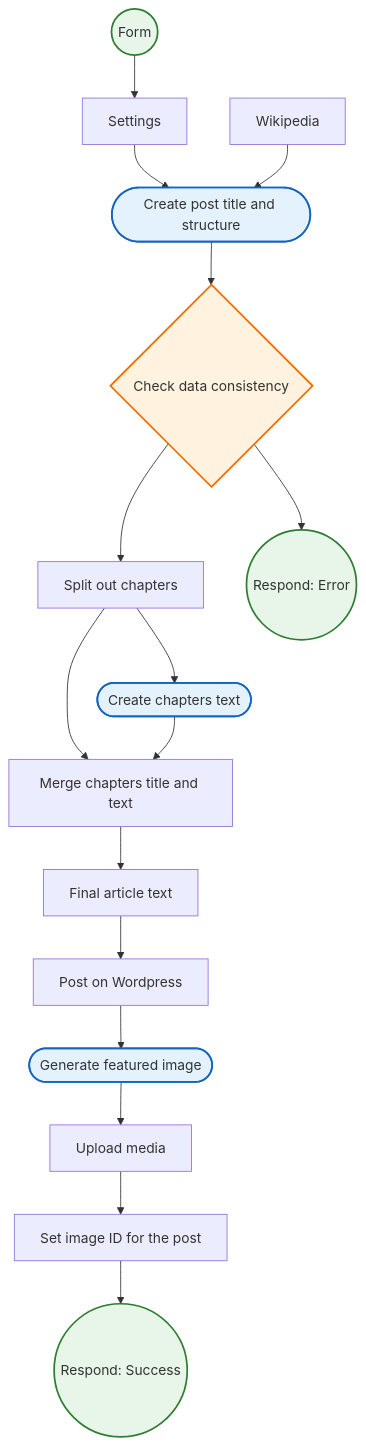
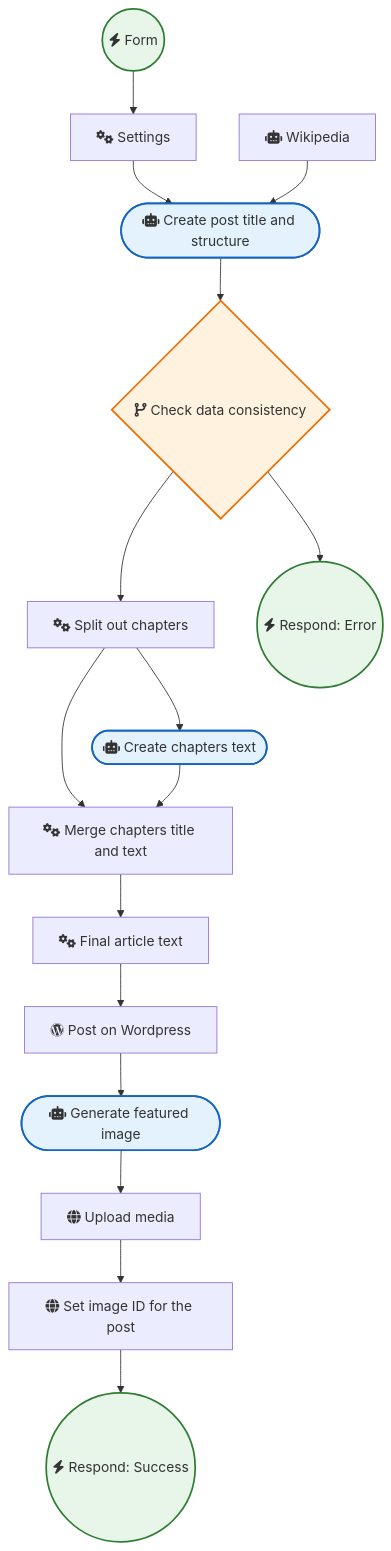
The diagram in WordPress/Write a Wordpress Post with Ai Starting From a Few Keywords.md (sreyash3105/N8N-DEMO-AUTOMATIONS), drawn with Mermaid before and after one commit. The commit also changed 291 other files, not shown here.

````diff
--- a/WordPress/Write a Wordpress Post with Ai Starting From a Few Keywords.md
+++ b/WordPress/Write a Wordpress Post with Ai Starting From a Few Keywords.md
@@ -1,38 +1,38 @@
 ```mermaid
 graph TD
     classDef trigger fill:#e8f5e9,stroke:#2e7d32,stroke-width:2px;
     classDef ai fill:#e3f2fd,stroke:#1565c0,stroke-width:2px;
     classDef logic fill:#fff3e0,stroke:#ef6c00,stroke-width:2px;
 
-    Form(("Form")):::trigger
-    Settings["Settings"]
-    Check_data_consistency{"Check data consistency"}:::logic
-    Split_out_chapters["Split out chapters"]
-    Merge_chapters_title_and_text["Merge chapters title and text"]
-    Final_article_text["Final article text"]
-    Post_on_Wordpress["Post on Wordpress"]
-    Upload_media["Upload media"]
-    Set_image_ID_for_the_post["Set image ID for the post"]
-    Respond__Success(("Respond: Success")):::trigger
-    Respond__Error(("Respond: Error")):::trigger
-    Generate_featured_image(["Generate featured image"]):::ai
-    Wikipedia["Wikipedia"]
-    Create_post_title_and_structure(["Create post title and structure"]):::ai
-    Create_chapters_text(["Create chapters text"]):::ai
+    Form(("fas:fa-bolt Form")):::trigger
+    Settings["fas:fa-cogs Settings"]
+    Check_data_consistency{"fas:fa-code-branch Check data consistency"}:::logic
+    Split_out_chapters["fas:fa-cogs Split out chapters"]
+    Merge_chapters_title_and_text["fas:fa-cogs Merge chapters title and text"]
+    Final_article_text["fas:fa-cogs Final article text"]
+    Post_on_Wordpress["fab:fa-wordpress Post on Wordpress"]
+    Upload_media["fas:fa-globe Upload media"]
+    Set_image_ID_for_the_post["fas:fa-globe Set image ID for the post"]
+    Respond__Success(("fas:fa-bolt Respond: Success")):::trigger
+    Respond__Error(("fas:fa-bolt Respond: Error")):::trigger
+    Generate_featured_image(["fas:fa-robot Generate featured image"]):::ai
+    Wikipedia["fas:fa-robot Wikipedia"]
+    Create_post_title_and_structure(["fas:fa-robot Create post title and structure"]):::ai
+    Create_chapters_text(["fas:fa-robot Create chapters text"]):::ai
 
     Form --> Settings
     Settings --> Create_post_title_and_structure
     Wikipedia --> Create_post_title_and_structure
     Upload_media --> Set_image_ID_for_the_post
     Post_on_Wordpress --> Generate_featured_image
     Final_article_text --> Post_on_Wordpress
     Split_out_chapters --> Merge_chapters_title_and_text
     Split_out_chapters --> Create_chapters_text
     Create_chapters_text --> Merge_chapters_title_and_text
     Check_data_consistency --> Split_out_chapters
     Check_data_consistency --> Respond__Error
     Generate_featured_image --> Upload_media
     Set_image_ID_for_the_post --> Respond__Success
     Merge_chapters_title_and_text --> Final_article_text
     Create_post_title_and_structure --> Check_data_consistency
 ```
````
